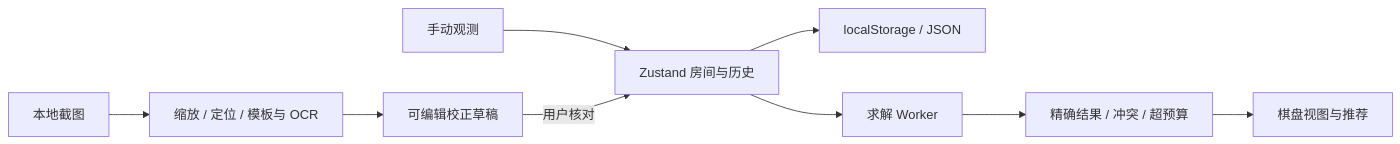
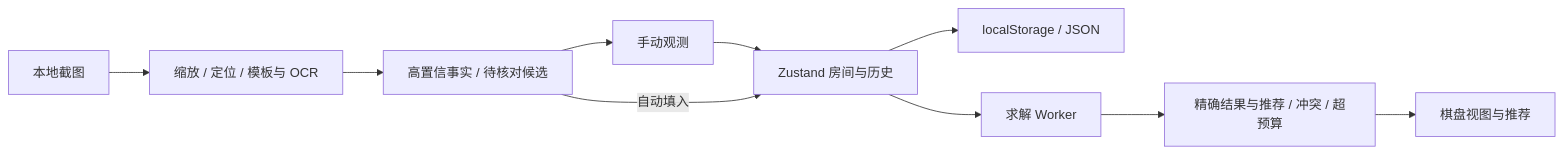
One commit to huabingtao/danke-tidemyst-haven changed the diagram in docs/ARCHITECTURE.md. Above: the diagram before and after it, drawn with Mermaid. The commit also changed other lines of this file and 32 other files, not shown here.

````diff
--- a/docs/ARCHITECTURE.md
+++ b/docs/ARCHITECTURE.md
@@ -5,11 +5,12 @@
 ```mermaid
 flowchart LR
   A[手动观测] --> S[Zustand 房间与历史]
   B[本地截图] --> I[缩放 / 定位 / 模板与 OCR]
-  I --> C[可编辑校正草稿]
-  C -->|用户核对| S
+  I --> C[高置信事实 / 待核对候选]
+  C -->|自动填入| S
+  C --> A
   S --> L[localStorage / JSON]
   S --> W[求解 Worker]
-  W --> R[精确结果 / 冲突 / 超预算]
+  W --> R[精确结果与推荐 / 冲突 / 超预算]
   R --> U[棋盘视图与推荐]
 ```
````
